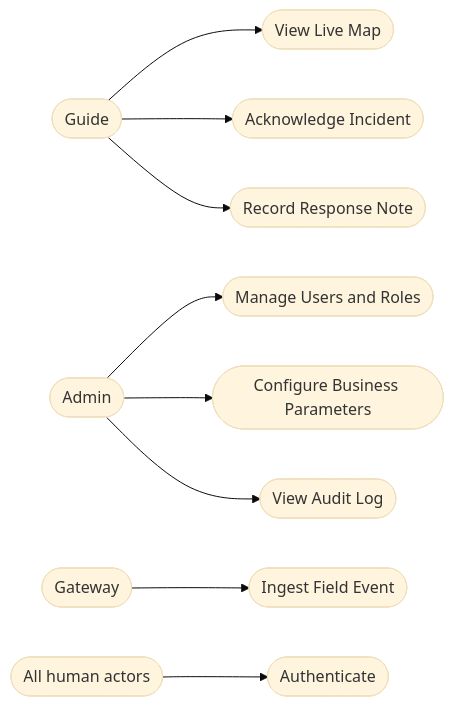
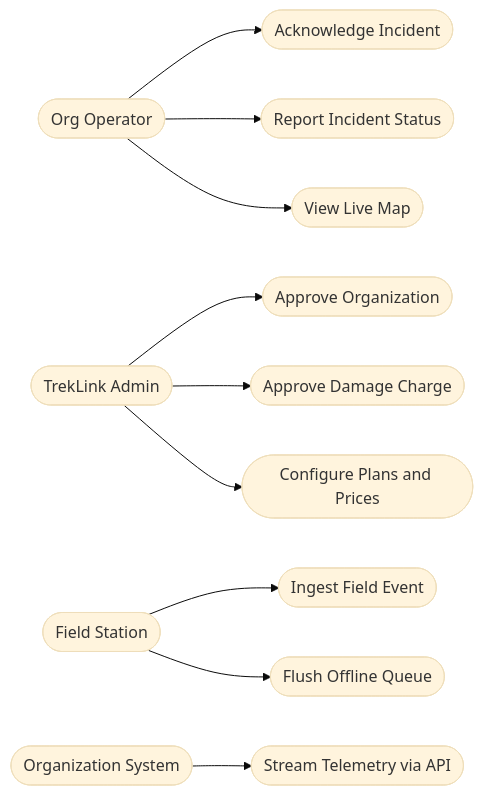
One commit to TrekLink-Team/treklink-docs changed the third of 7 diagrams in _docs/00-project-context/06-requirements-foundation.md. Above: the diagram before and after it, drawn with Mermaid (base theme). The commit also changed other lines of this file and 8 other files, not shown here.

````diff
--- a/_docs/00-project-context/06-requirements-foundation.md
+++ b/_docs/00-project-context/06-requirements-foundation.md
@@ -102,15 +101,16 @@
 ```mermaid
 flowchart LR
-    GUI([Guide])
-    ADM([Admin])
-    GW([Gateway])
-    ALL([All human actors])
-    GUI --> U14([View Live Map])
-    GUI --> U15([Acknowledge Incident])
-    GUI --> U17([Record Response Note])
-    ADM --> U18([Manage Users and Roles])
-    ADM --> U19([Configure Business Parameters])
-    ADM --> U20([View Audit Log])
-    GW --> U13([Ingest Field Event])
-    ALL --> U21([Authenticate])
+    OOP([Org Operator])
+    ADM([TrekLink Admin])
+    FST([Field Station])
+    OSY([Organization System])
+    OOP --> U32([Acknowledge Incident])
+    OOP --> U33([Report Incident Status])
+    OOP --> U38([View Live Map])
+    OSY --> U39([Stream Telemetry via API])
+    ADM --> U3([Approve Organization])
+    ADM --> U48([Approve Damage Charge])
+    ADM --> U56([Configure Plans and Prices])
+    FST --> U26([Ingest Field Event])
+    FST --> U27([Flush Offline Queue])
 ```
````
